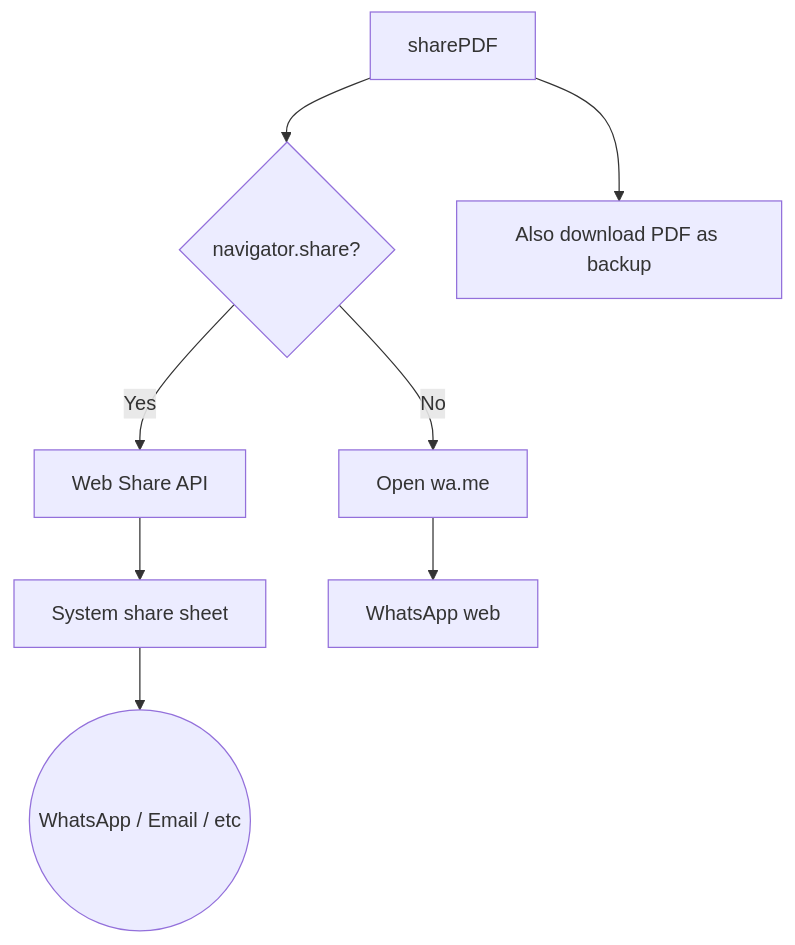
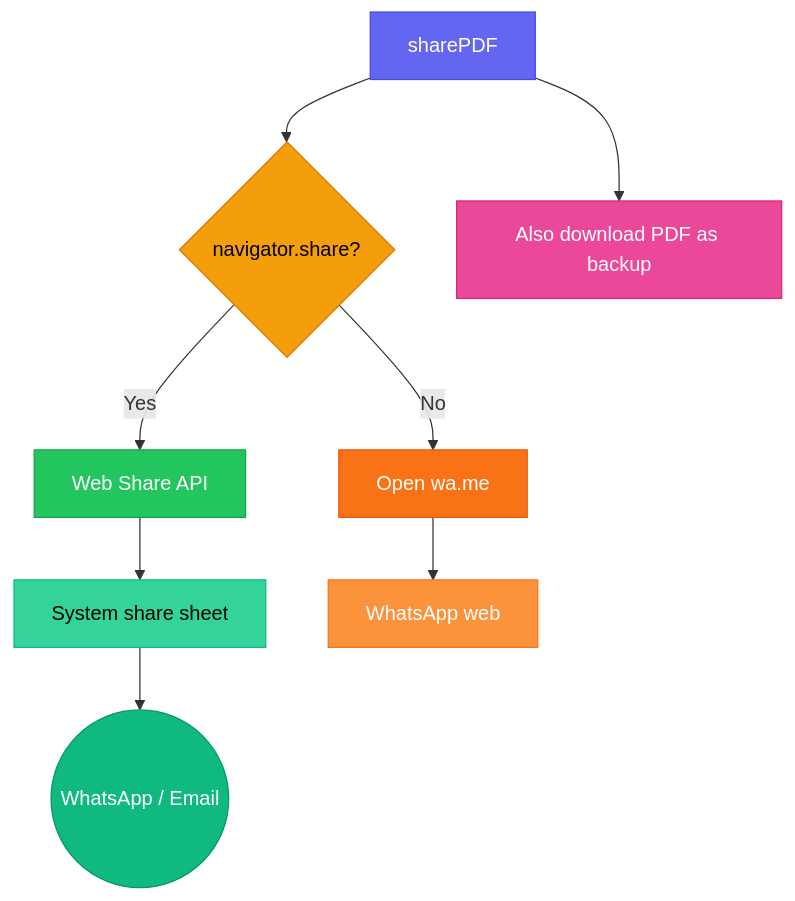
The ninth of 11 diagrams in ARCHITECTURE.md (sanjanb/bill-buddy), drawn with Mermaid before and after one commit. The commit also changed other lines of this file, not shown here.

Commit message:
docs: update ARCHITECTURE.md with styled Mermaid diagrams and refined descriptions

````diff
--- a/ARCHITECTURE.md
+++ b/ARCHITECTURE.md
@@ -269,10 +331,19 @@
 ```mermaid
 flowchart TD
-    A[sharePDF] --> B{navigator.share?}
-    B -->|Yes| C[Web Share API]
-    C --> D[System share sheet]
-    D --> E((WhatsApp / Email / etc))
-    B -->|No| F[Open wa.me]
-    F --> G[WhatsApp web]
-    A --> H[Also download PDF as backup]
+    A["sharePDF"] --> B{"navigator.share?"}
+    B -->|Yes| C["Web Share API"]
+    C --> D["System share sheet"]
+    D --> E(("WhatsApp / Email"))
+    B -->|No| F["Open wa.me"]
+    F --> G["WhatsApp web"]
+    A --> H["Also download PDF as backup"]
+
+    style A fill:#6366f1,color:#fff,stroke:#4f46e5
+    style B fill:#f59e0b,color:#000,stroke:#d97706
+    style C fill:#22c55e,color:#fff,stroke:#16a34a
+    style D fill:#34d399,color:#000,stroke:#10b981
+    style E fill:#10b981,color:#fff,stroke:#059669
+    style F fill:#f97316,color:#fff,stroke:#ea580c
+    style G fill:#fb923c,color:#fff,stroke:#f97316
+    style H fill:#ec4899,color:#fff,stroke:#db2777
 ```
````
